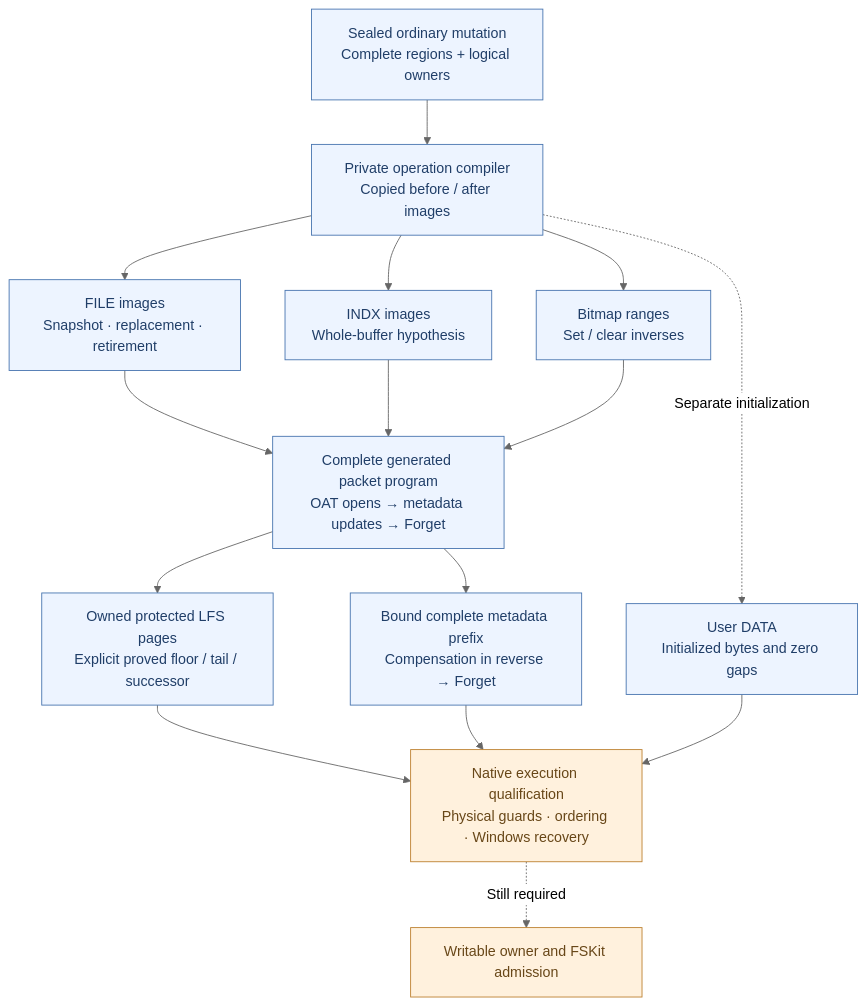
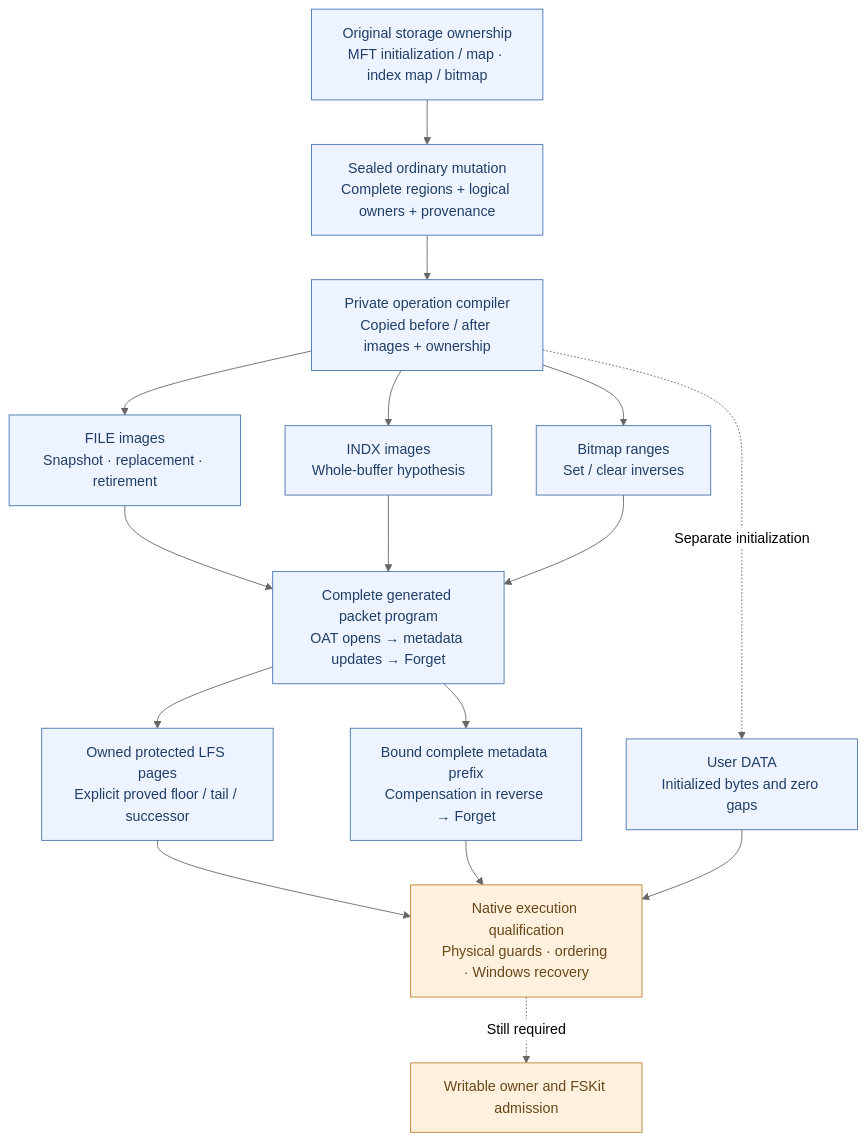
The diagram in docs/format/diagrams/mutation-program.mmd (machlin-project/ntfs), drawn with Mermaid (neutral theme) before and after one commit. The commit also changed 14 other files, not shown here.

First line of the commit message:
Bind mutation inverses to original storage ownership

```diff
--- a/docs/format/diagrams/mutation-program.mmd
+++ b/docs/format/diagrams/mutation-program.mmd
@@ -1,19 +1,20 @@
 flowchart TB
-    S["Sealed ordinary mutation\nComplete regions + logical owners"] --> C["Private operation compiler\nCopied before / after images"]
+    O["Original storage ownership\nMFT initialization / map · index map / bitmap"] --> S["Sealed ordinary mutation\nComplete regions + logical owners + provenance"]
+    S --> C["Private operation compiler\nCopied before / after images + ownership"]
     C --> F["FILE images\nSnapshot · replacement · retirement"]
     C --> I["INDX images\nWhole-buffer hypothesis"]
     C --> B["Bitmap ranges\nSet / clear inverses"]
     F --> P["Complete generated packet program\nOAT opens → metadata updates → Forget"]
     I --> P
     B --> P
     P --> J["Owned protected LFS pages\nExplicit proved floor / tail / successor"]
     P --> U["Bound complete metadata prefix\nCompensation in reverse → Forget"]
     J --> G["Native execution qualification\nPhysical guards · ordering · Windows recovery"]
     U --> G
     C -. "Separate initialization" .-> D["User DATA\nInitialized bytes and zero gaps"]
     D --> G
     G -. "Still required" .-> A["Writable owner and FSKit admission"]
     classDef private fill:#edf4ff,stroke:#4774af,color:#203e68
     classDef gate fill:#fff1dd,stroke:#bd8130,color:#684718
-    class S,C,F,I,B,P,J,U,D private
+    class O,S,C,F,I,B,P,J,U,D private
     class G,A gate
```
